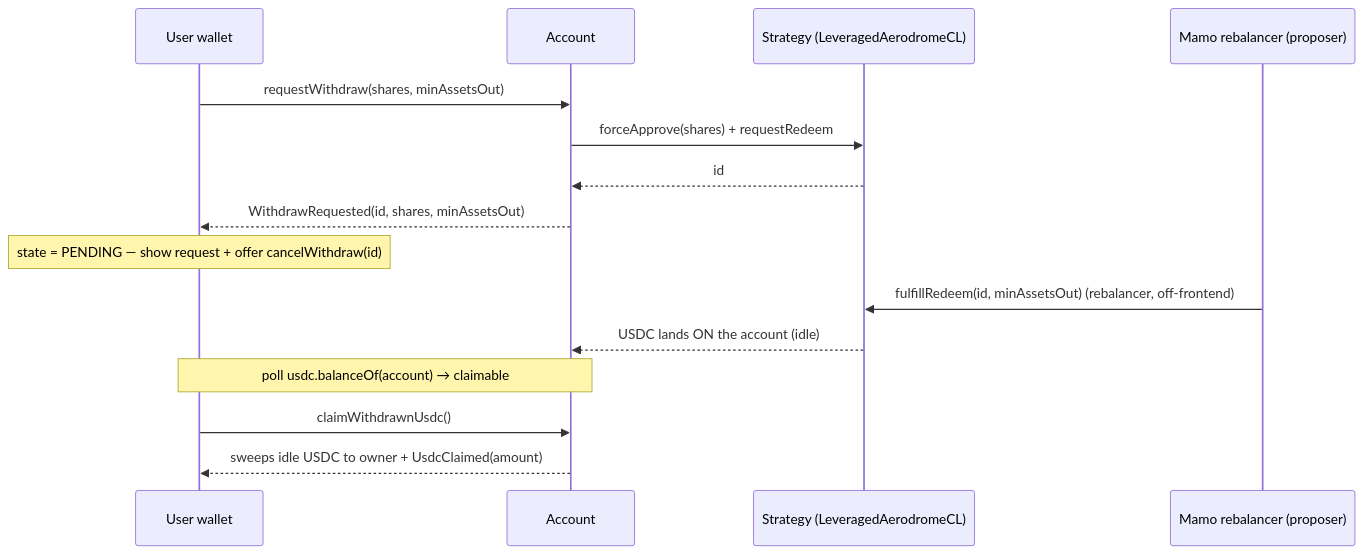
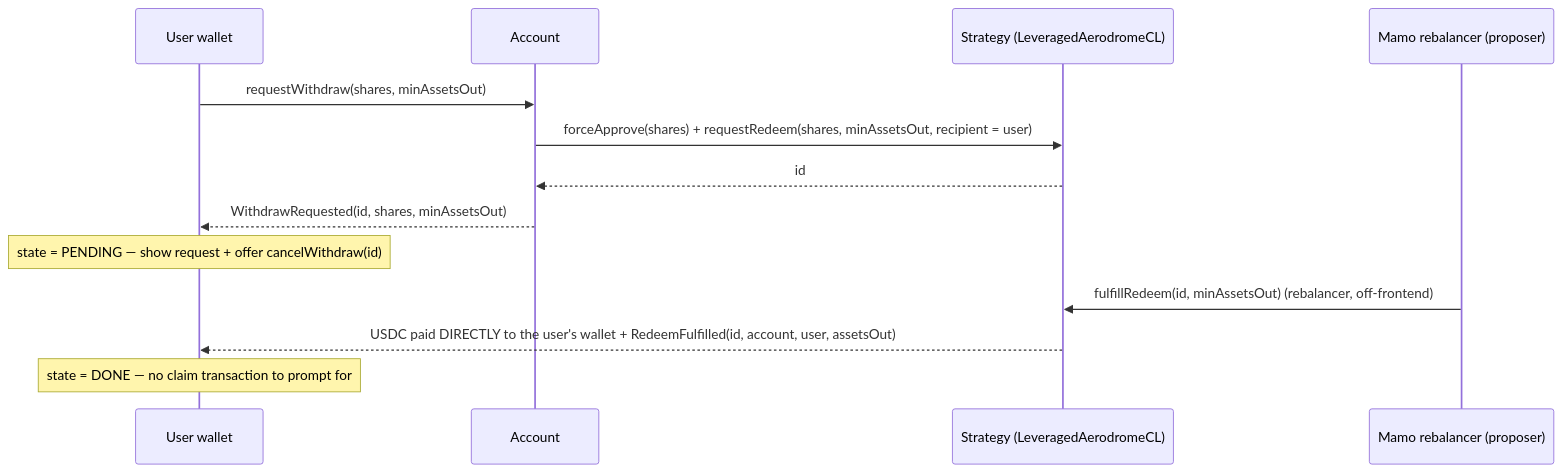
The third of 3 diagrams in docs/integrations/LEVERAGED_AERO_FRONTEND.md (moonwell-fi/mamo-contracts), drawn with Mermaid before and after one commit. The commit also changed other lines of this file and 17 other files, not shown here.

````diff
--- a/docs/integrations/LEVERAGED_AERO_FRONTEND.md
+++ b/docs/integrations/LEVERAGED_AERO_FRONTEND.md
@@ -403,18 +410,16 @@
 ```mermaid
 sequenceDiagram
     participant U as User wallet
     participant A as Account
     participant S as Strategy (LeveragedAerodromeCL)
     participant B as Mamo rebalancer (proposer)
 
     U->>A: requestWithdraw(shares, minAssetsOut)
-    A->>S: forceApprove(shares) + requestRedeem
+    A->>S: forceApprove(shares) + requestRedeem(shares, minAssetsOut, recipient = user)
     S-->>A: id
     A-->>U: WithdrawRequested(id, shares, minAssetsOut)
     Note over U: state = PENDING — show request + offer cancelWithdraw(id)
     B->>S: fulfillRedeem(id, minAssetsOut)  (rebalancer, off-frontend)
-    S-->>A: USDC lands ON the account (idle)
-    Note over U,A: poll usdc.balanceOf(account) → claimable
-    U->>A: claimWithdrawnUsdc()
-    A-->>U: sweeps idle USDC to owner + UsdcClaimed(amount)
+    S-->>U: USDC paid DIRECTLY to the user's wallet + RedeemFulfilled(id, account, user, assetsOut)
+    Note over U: state = DONE — no claim transaction to prompt for
 ```
````
